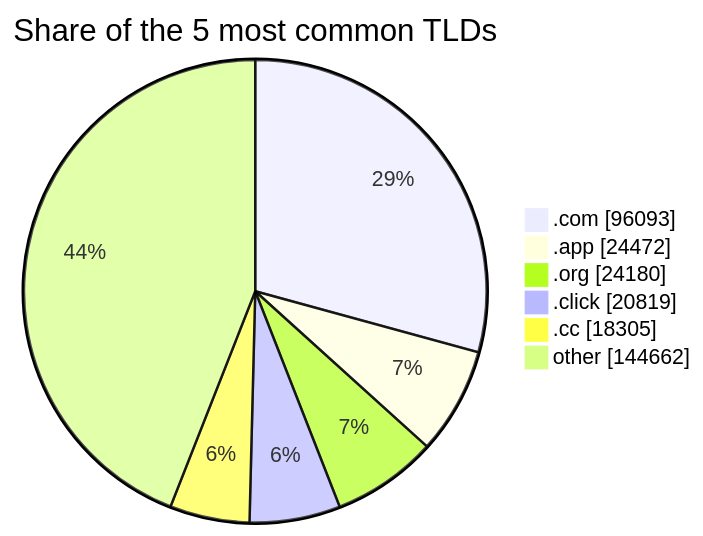
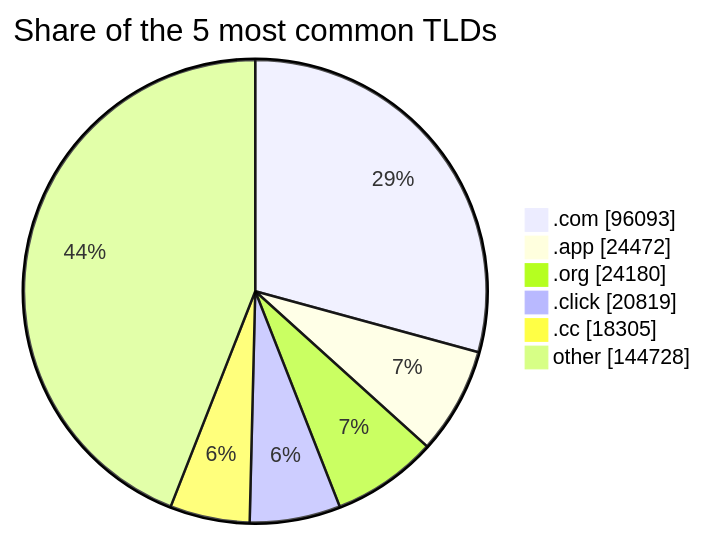
One commit to DNSBunker/CTI changed the third of 3 diagrams in README.md. Above: the diagram before and after it, drawn with Mermaid. The commit also changed other lines of this file and 4 other files, not shown here.

````diff
--- a/README.md
+++ b/README.md
@@ -81,9 +81,9 @@
 ```mermaid
 pie showData title Share of the 5 most common TLDs
     ".com" : 96093
     ".app" : 24472
     ".org" : 24180
     ".click" : 20819
     ".cc" : 18305
-    "other" : 144662
+    "other" : 144728
 ```
````
